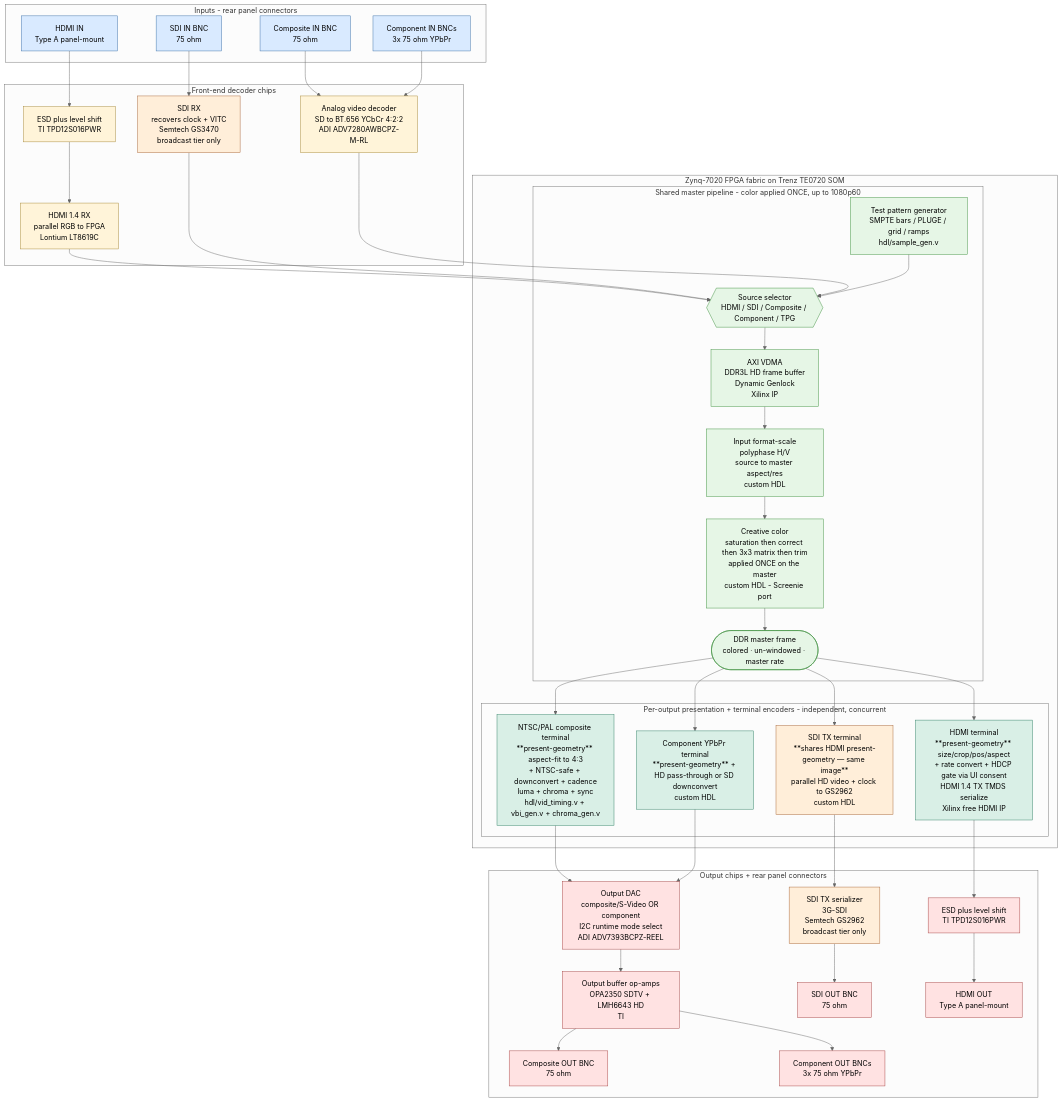
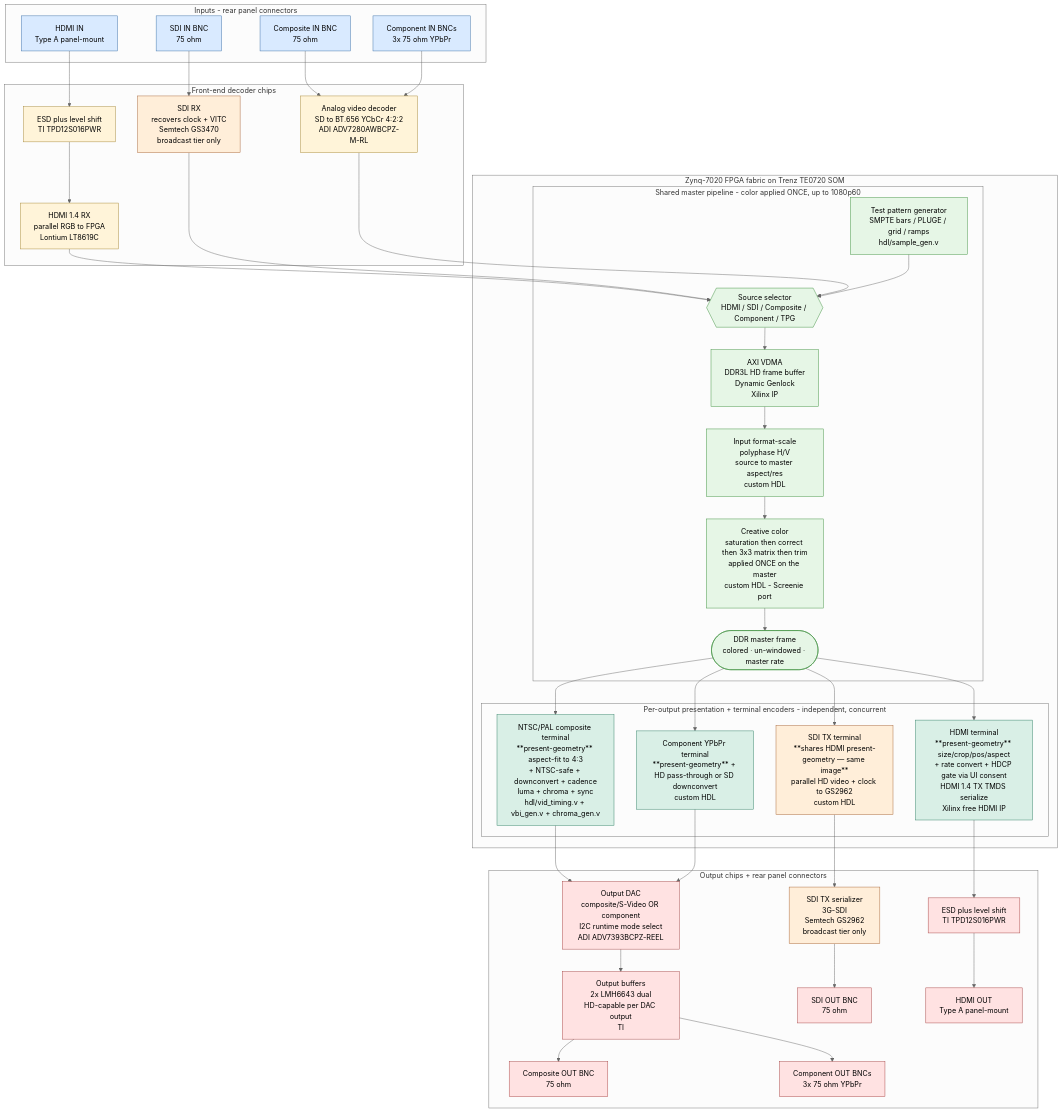
Before and after one commit to ibkickinit/schindler-clone: the second of 4 diagrams in docs/signal-flow.md, drawn with Mermaid (neutral theme). The commit also changed other lines of this file and 27 other files, not shown here.

````diff
--- a/docs/signal-flow.md
+++ b/docs/signal-flow.md
@@ -54,73 +54,73 @@
 ```mermaid
 flowchart TB
     classDef in fill:#d9eaff,stroke:#3a6ea5,color:#000
     classDef decode fill:#fff4d9,stroke:#a58634,color:#000
     classDef sdi fill:#ffeed9,stroke:#a56234,color:#000
     classDef pipe fill:#e6f6e6,stroke:#3a8e3a,color:#000
     classDef term fill:#d9efe6,stroke:#2d7e64,color:#000
     classDef out fill:#ffe2e2,stroke:#a54040,color:#000
 
     subgraph IN[Inputs - rear panel connectors]
         HDMI_IN[HDMI IN<br/>Type A panel-mount]:::in
         SDI_IN[SDI IN BNC<br/>75 ohm]:::in
         CVBS_IN[Composite IN BNC<br/>75 ohm]:::in
         YPBPR_IN[Component IN BNCs<br/>3x 75 ohm YPbPr]:::in
     end
 
     subgraph DECODE[Front-end decoder chips]
         TPD_IN[ESD plus level shift<br/>TI TPD12S016PWR]:::decode
         LT8619C[HDMI 1.4 RX<br/>parallel RGB to FPGA<br/>Lontium LT8619C]:::decode
         GS3470[SDI RX<br/>recovers clock + VITC<br/>Semtech GS3470<br/>broadcast tier only]:::sdi
         ADV7280[Analog video decoder<br/>SD to BT.656 YCbCr 4:2:2<br/>ADI ADV7280AWBCPZ-M-RL]:::decode
     end
 
     subgraph FPGA[Zynq-7020 FPGA fabric on Trenz TE0720 SOM]
         subgraph PIPE[Shared master pipeline - color applied ONCE, up to 1080p60]
             SOURCE_MUX{{Source selector<br/>HDMI / SDI / Composite / Component / TPG}}:::pipe
             VDMA[AXI VDMA<br/>DDR3L HD frame buffer<br/>Dynamic Genlock<br/>Xilinx IP]:::pipe
             SCALE[Input format-scale<br/>polyphase H/V<br/>source to master aspect/res<br/>custom HDL]:::pipe
             COLOR[Creative color<br/>saturation then correct then 3x3 matrix then trim<br/>applied ONCE on the master<br/>custom HDL - Screenie port]:::pipe
             TPG[Test pattern generator<br/>SMPTE bars / PLUGE / grid / ramps<br/>hdl/sample_gen.v]:::pipe
             HD_BUS([DDR master frame<br/>colored · un-windowed · master rate]):::pipe
         end
 
         subgraph TERM[Per-output presentation + terminal encoders - independent, concurrent]
             HDMI_TERM[HDMI terminal<br/>**present-geometry** size/crop/pos/aspect<br/>+ rate convert + HDCP gate via UI consent<br/>HDMI 1.4 TX TMDS serialize<br/>Xilinx free HDMI IP]:::term
             SDI_TERM[SDI TX terminal<br/>**shares HDMI present-geometry — same image**<br/>parallel HD video + clock to GS2962<br/>custom HDL]:::sdi
             YPBPR_TERM[Component YPbPr terminal<br/>**present-geometry** + HD pass-through or SD downconvert<br/>custom HDL]:::term
             COMP_TERM[NTSC/PAL composite terminal<br/>**present-geometry** aspect-fit to 4:3<br/>+ NTSC-safe + downconvert + cadence<br/>luma + chroma + sync<br/>hdl/vid_timing.v + vbi_gen.v + chroma_gen.v]:::term
         end
     end
 
     subgraph OUT[Output chips + rear panel connectors]
         ADV7393[Output DAC<br/>composite/S-Video OR component<br/>I2C runtime mode select<br/>ADI ADV7393BCPZ-REEL]:::out
-        OPAMPS[Output buffer op-amps<br/>OPA2350 SDTV + LMH6643 HD<br/>TI]:::out
+        OPAMPS[Output buffers<br/>2x LMH6643 dual<br/>HD-capable per DAC output<br/>TI]:::out
         GS2962[SDI TX serializer<br/>3G-SDI<br/>Semtech GS2962<br/>broadcast tier only]:::sdi
         TPD_OUT[ESD plus level shift<br/>TI TPD12S016PWR]:::out
         CVBS_OUT[Composite OUT BNC<br/>75 ohm]:::out
         YPBPR_OUT[Component OUT BNCs<br/>3x 75 ohm YPbPr]:::out
         SDI_OUT[SDI OUT BNC<br/>75 ohm]:::out
         HDMI_OUT[HDMI OUT<br/>Type A panel-mount]:::out
     end
 
     HDMI_IN --> TPD_IN --> LT8619C --> SOURCE_MUX
     SDI_IN --> GS3470 --> SOURCE_MUX
     CVBS_IN --> ADV7280
     YPBPR_IN --> ADV7280 --> SOURCE_MUX
     TPG --> SOURCE_MUX
 
     SOURCE_MUX --> VDMA --> SCALE --> COLOR --> HD_BUS
 
     HD_BUS --> HDMI_TERM
     HD_BUS --> SDI_TERM
     HD_BUS --> YPBPR_TERM
     HD_BUS --> COMP_TERM
 
     HDMI_TERM --> TPD_OUT --> HDMI_OUT
     COMP_TERM --> ADV7393
     YPBPR_TERM --> ADV7393
     ADV7393 --> OPAMPS
     OPAMPS --> CVBS_OUT
     OPAMPS --> YPBPR_OUT
     SDI_TERM --> GS2962 --> SDI_OUT
 ```
````
